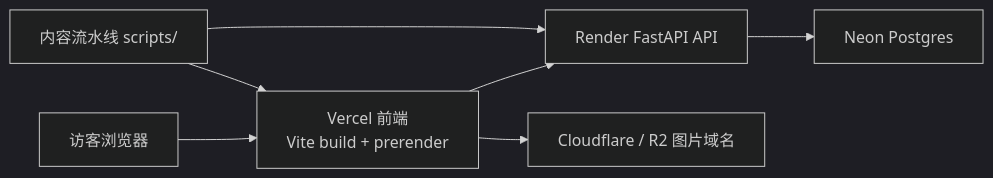
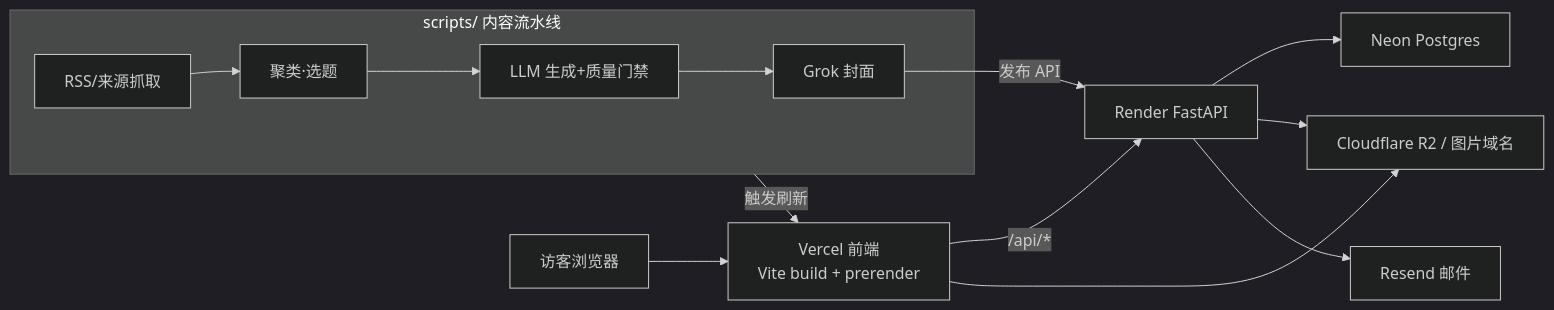
One commit to leinata0/ai.blog changed the diagram in README.md. Above: the diagram before and after it, drawn with Mermaid (dark theme). The commit also changed other lines of this file, not shown here.

Commit message:
docs: refresh project architecture README

````diff
--- a/README.md
+++ b/README.md
@@ -45,9 +22,14 @@
 ```mermaid
 flowchart LR
-    A["访客浏览器"] --> B["Vercel 前端<br/>Vite build + prerender"]
-    B --> C["Render FastAPI API"]
-    C --> D["Neon Postgres"]
-    B --> E["Cloudflare / R2 图片域名"]
-    F["内容流水线 scripts/"] --> C
-    F --> B
+    subgraph Pipeline["scripts/ 内容流水线"]
+      RSS["RSS/来源抓取"] --> CLUSTER["聚类·选题"] --> LLM["LLM 生成+质量门禁"] --> COVER["Grok 封面"]
+    end
+    COVER -->|发布 API| API
+    A["访客浏览器"] --> FE["Vercel 前端<br/>Vite build + prerender"]
+    FE -->|/api/*| API["Render FastAPI"]
+    API --> DB["Neon Postgres"]
+    FE --> CDN["Cloudflare R2 / 图片域名"]
+    API --> CDN
+    API --> MAIL["Resend 邮件"]
+    Pipeline -->|触发刷新| FE
 ```
````
